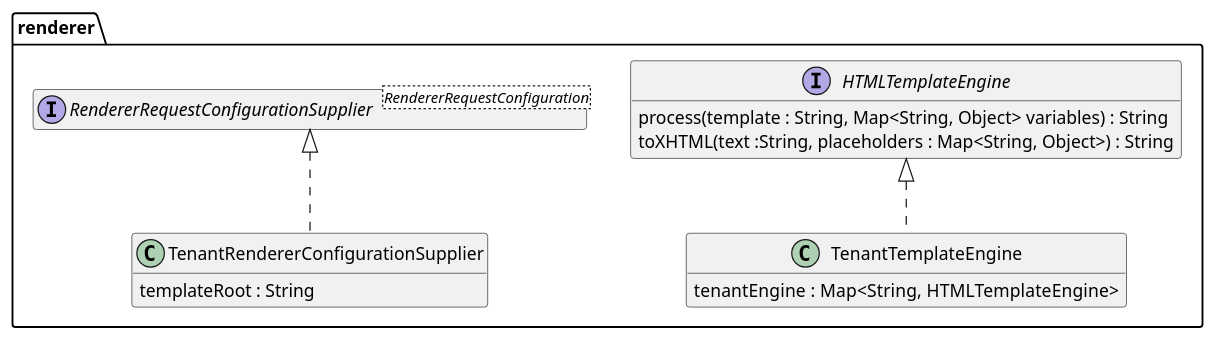
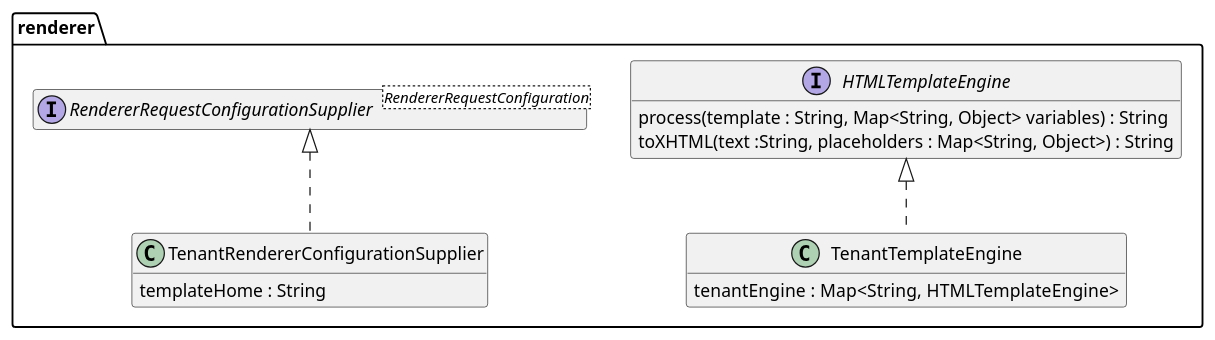
One commit to tailoringexpert/platform changed the diagram in src/site/arc42/plantuml/tenant/renderer/Ebene3.plantuml. Above: the diagram before and after it, drawn with PlantUML. The commit also changed 26 other files, not shown here.

```diff
--- a/src/site/arc42/plantuml/tenant/renderer/Ebene3.plantuml
+++ b/src/site/arc42/plantuml/tenant/renderer/Ebene3.plantuml
@@ -1,25 +1,25 @@
 @startuml Ebene3.png
 hide empty members
 
 package renderer {
 
     interface HTMLTemplateEngine {
         process(template : String, Map<String, Object> variables) : String
         toXHTML(text :String, placeholders : Map<String, Object>) : String
     }
 
     class TenantTemplateEngine {
         tenantEngine :  Map<String, HTMLTemplateEngine>
     }
     HTMLTemplateEngine <|.. TenantTemplateEngine
 
     interface RendererRequestConfigurationSupplier<RendererRequestConfiguration> {
     }
 
     class TenantRendererConfigurationSupplier {
-        templateRoot : String
+        templateHome : String
     }
     RendererRequestConfigurationSupplier <|.. TenantRendererConfigurationSupplier
 
 }
 @enduml
```
